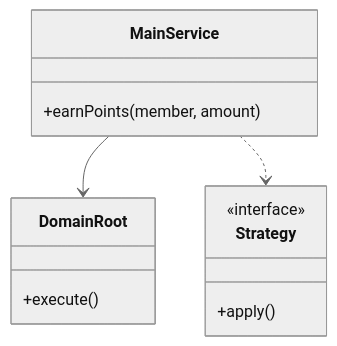
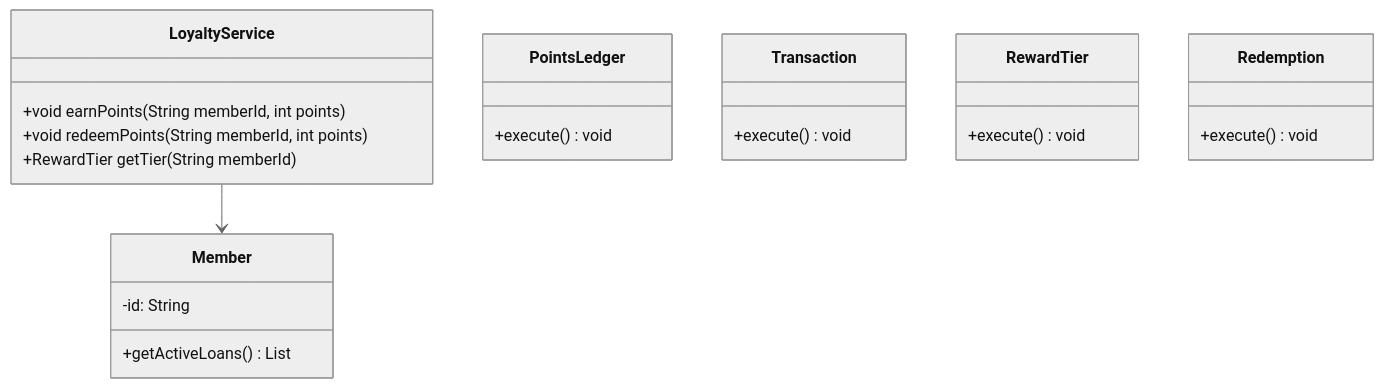
The first of 3 diagrams in Learn/System Design - Low Level Design/02-classic-ood/questions/Q50-loyalty-points.md (madhupaila/Interview-Prep-SSE), drawn with Mermaid (neutral theme) before and after one commit. The commit also changed other lines of this file and 491 other files, not shown here.

````diff
--- a/Learn/System Design - Low Level Design/02-classic-ood/questions/Q50-loyalty-points.md
+++ b/Learn/System Design - Low Level Design/02-classic-ood/questions/Q50-loyalty-points.md
@@ -75,15 +92,25 @@
 ```mermaid
 classDiagram
-    class MainService {
-        +earnPoints(member, amount)
+    class LoyaltyService {
+        +void earnPoints(String memberId, int points)
+        +void redeemPoints(String memberId, int points)
+        +RewardTier getTier(String memberId)
     }
-    class DomainRoot {
-        +execute()
+    class Member {
+        -id: String
+        +getActiveLoans() List
     }
-    class Strategy {
-        <<interface>>
-        +apply()
+    class PointsLedger {
+        +execute() void
     }
-    MainService --> DomainRoot
-    MainService ..> Strategy
+    class Transaction {
+        +execute() void
+    }
+    class RewardTier {
+        +execute() void
+    }
+    class Redemption {
+        +execute() void
+    }
+    LoyaltyService --> Member
 ```
````
